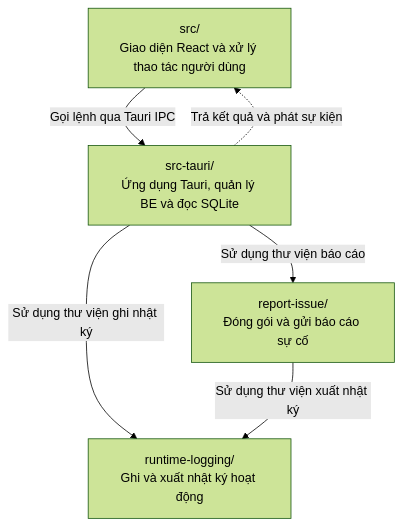
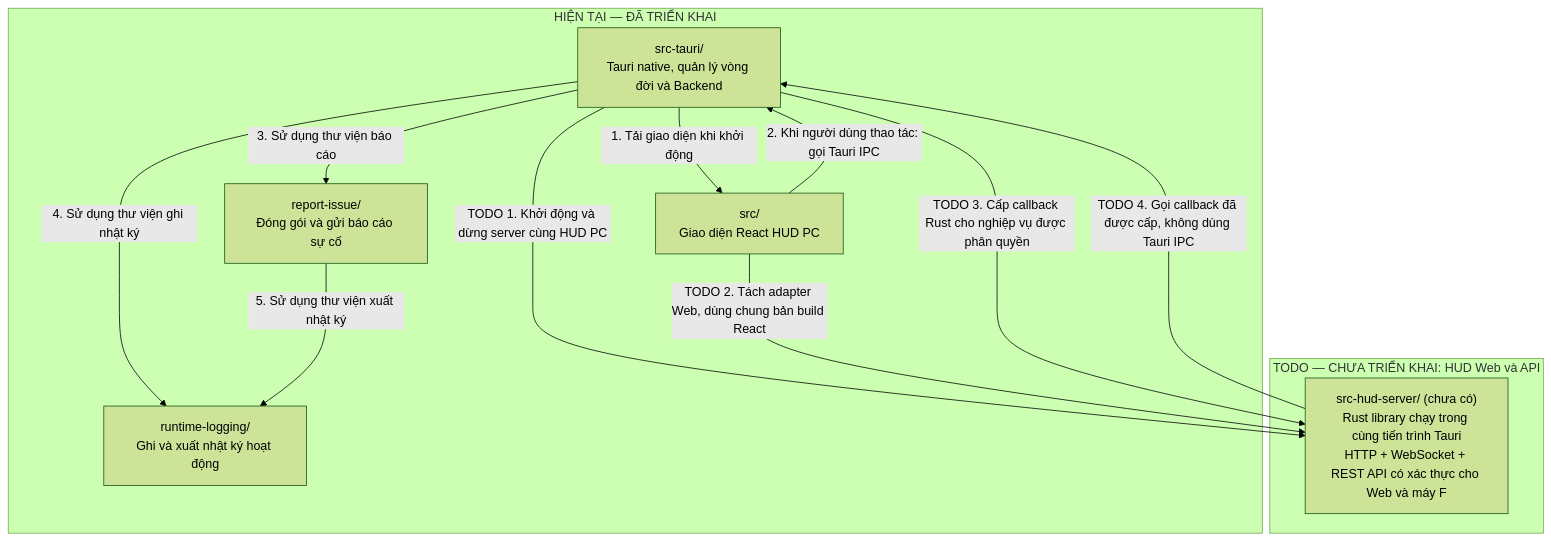
One commit to Synclab-VN-dev/StreamOps changed the diagram in utility/d4planner/d4planner-hud/architecture.md. Above: the diagram before and after it, drawn with Mermaid (forest theme).

Commit message:
docs(d4planner): thêm khung TODO cho HUD Web Server trong sơ đồ HUD

````diff
--- a/utility/d4planner/d4planner-hud/architecture.md
+++ b/utility/d4planner/d4planner-hud/architecture.md
@@ -1,13 +1,24 @@
 ```mermaid
 flowchart TD
-    UI["src/<br/>Giao diện React và xử lý thao tác người dùng"]
-    NATIVE["src-tauri/<br/>Ứng dụng Tauri, quản lý BE và đọc SQLite"]
-    REPORT["report-issue/<br/>Đóng gói và gửi báo cáo sự cố"]
-    LOG["runtime-logging/<br/>Ghi và xuất nhật ký hoạt động"]
+    subgraph HIEN_TAI["HIỆN TẠI — ĐÃ TRIỂN KHAI"]
+        NATIVE["src-tauri/<br/>Tauri native, quản lý vòng đời và Backend"]
+        UI["src/<br/>Giao diện React HUD PC"]
+        REPORT["report-issue/<br/>Đóng gói và gửi báo cáo sự cố"]
+        LOG["runtime-logging/<br/>Ghi và xuất nhật ký hoạt động"]
+    end
 
-    UI -->|"Gọi lệnh qua Tauri IPC"| NATIVE
-    NATIVE -.->|"Trả kết quả và phát sự kiện"| UI
-    NATIVE -->|"Sử dụng thư viện báo cáo"| REPORT
-    NATIVE -->|"Sử dụng thư viện ghi nhật ký"| LOG
-    REPORT -->|"Sử dụng thư viện xuất nhật ký"| LOG
+    NATIVE -->|"1. Tải giao diện khi khởi động"| UI
+    UI -->|"2. Khi người dùng thao tác: gọi Tauri IPC"| NATIVE
+    NATIVE -->|"3. Sử dụng thư viện báo cáo"| REPORT
+    NATIVE -->|"4. Sử dụng thư viện ghi nhật ký"| LOG
+    REPORT -->|"5. Sử dụng thư viện xuất nhật ký"| LOG
+
+    subgraph TODO_HUD_WEB["TODO — CHƯA TRIỂN KHAI: HUD Web và API"]
+        SERVER["src-hud-server/ (chưa có)<br/>Rust library chạy trong cùng tiến trình Tauri<br/>HTTP + WebSocket + REST API có xác thực cho Web và máy F"]
+    end
+
+    NATIVE -->|"TODO 1. Khởi động và dừng server cùng HUD PC"| SERVER
+    UI -->|"TODO 2. Tách adapter Web, dùng chung bản build React"| SERVER
+    NATIVE -->|"TODO 3. Cấp callback Rust cho nghiệp vụ được phân quyền"| SERVER
+    SERVER -->|"TODO 4. Gọi callback đã được cấp, không dùng Tauri IPC"| NATIVE
 ```
````
